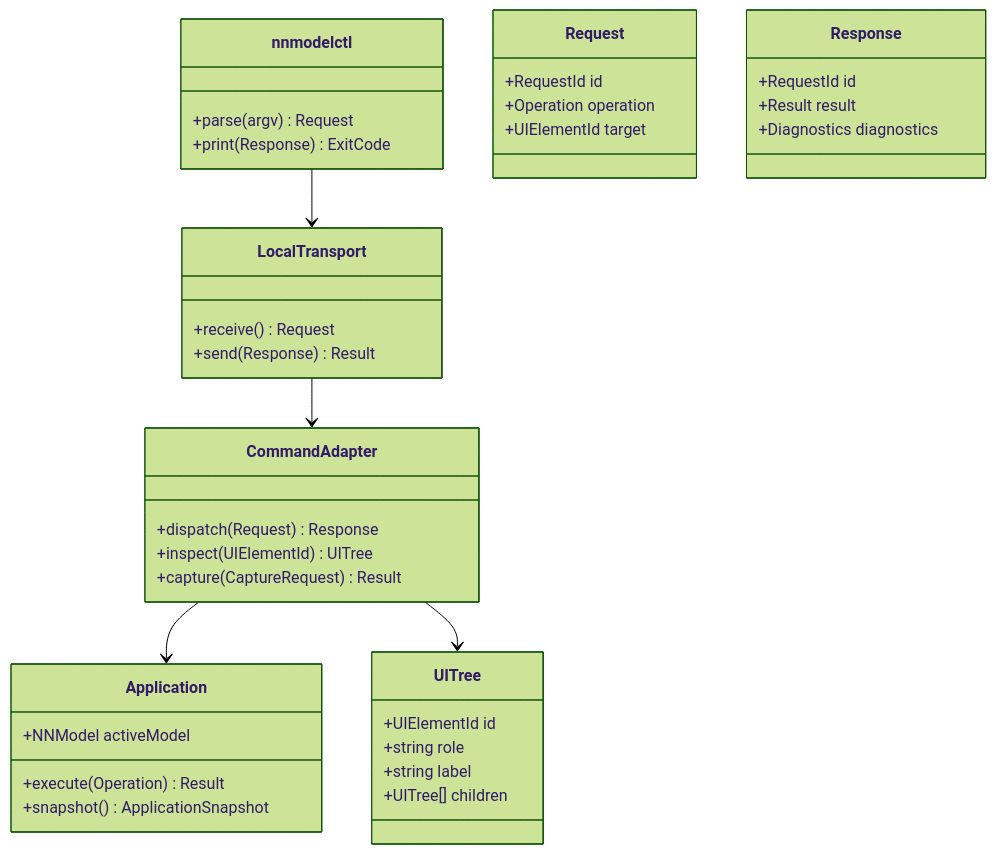
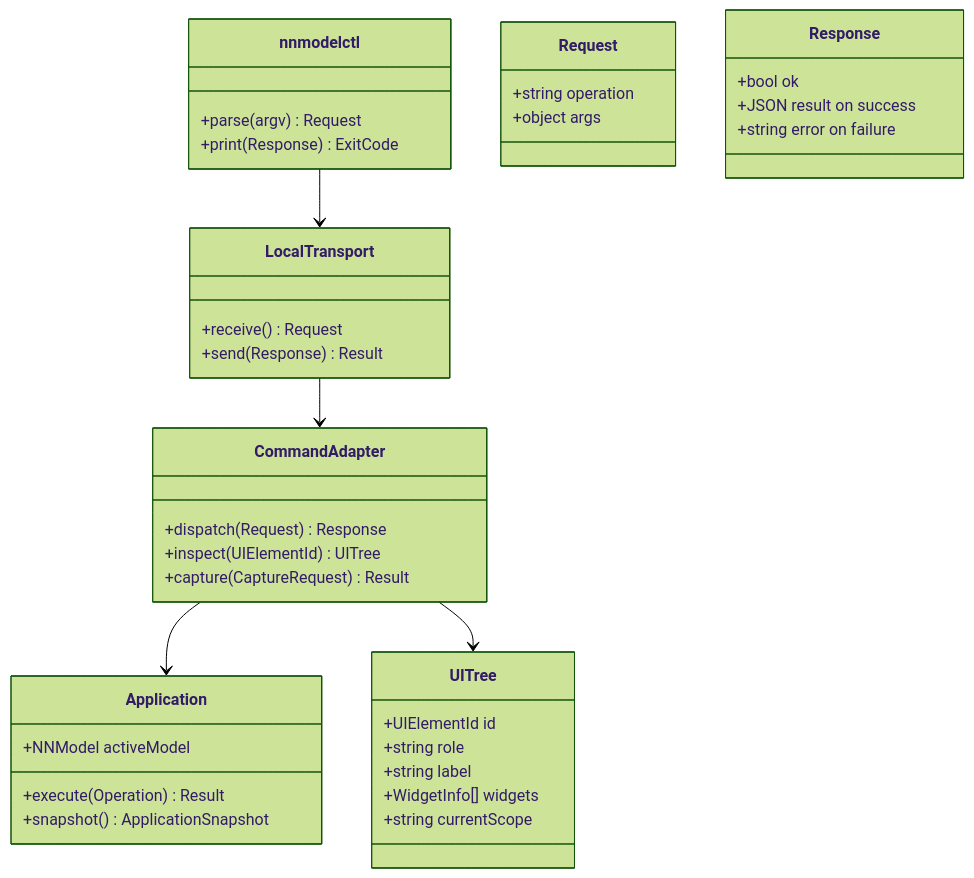
Before and after one commit to LucaSforza/nnmodelling-ui: the diagram in docs/knowledge/uml/automation.md, drawn with Mermaid (forest theme). The commit also changed other lines of this file and 65 other files, not shown here.

````diff
--- a/docs/knowledge/uml/automation.md
+++ b/docs/knowledge/uml/automation.md
@@ -10,41 +11,41 @@
 ```mermaid
 classDiagram
     class Application {
       +NNModel activeModel
       +execute(Operation) Result
       +snapshot() ApplicationSnapshot
     }
     class CommandAdapter {
       +dispatch(Request) Response
       +inspect(UIElementId) UITree
       +capture(CaptureRequest) Result
     }
     class LocalTransport {
       +receive() Request
       +send(Response) Result
     }
     class nnmodelctl {
       +parse(argv) Request
       +print(Response) ExitCode
     }
     class Request {
-      +RequestId id
-      +Operation operation
-      +UIElementId target
+      +string operation
+      +object args
     }
     class Response {
-      +RequestId id
-      +Result result
-      +Diagnostics diagnostics
+      +bool ok
+      +JSON result on success
+      +string error on failure
     }
     class UITree {
       +UIElementId id
       +string role
       +string label
-      +UITree[] children
+      +WidgetInfo[] widgets
+      +string currentScope
     }
     nnmodelctl --> LocalTransport
     LocalTransport --> CommandAdapter
     CommandAdapter --> Application
     CommandAdapter --> UITree
 ```
````
